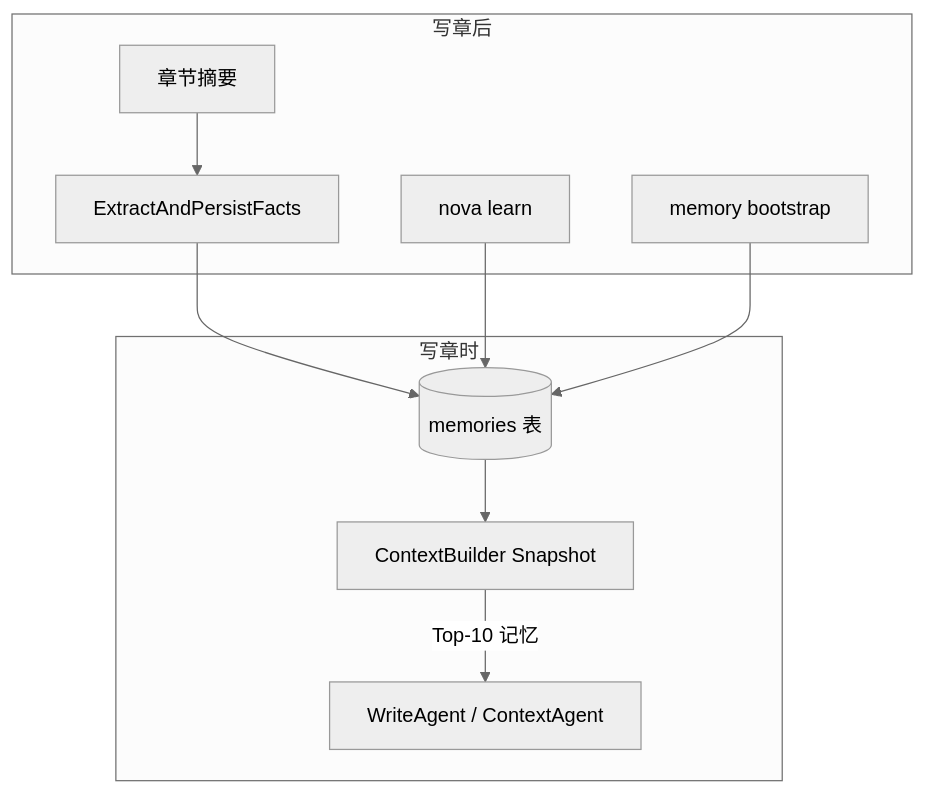
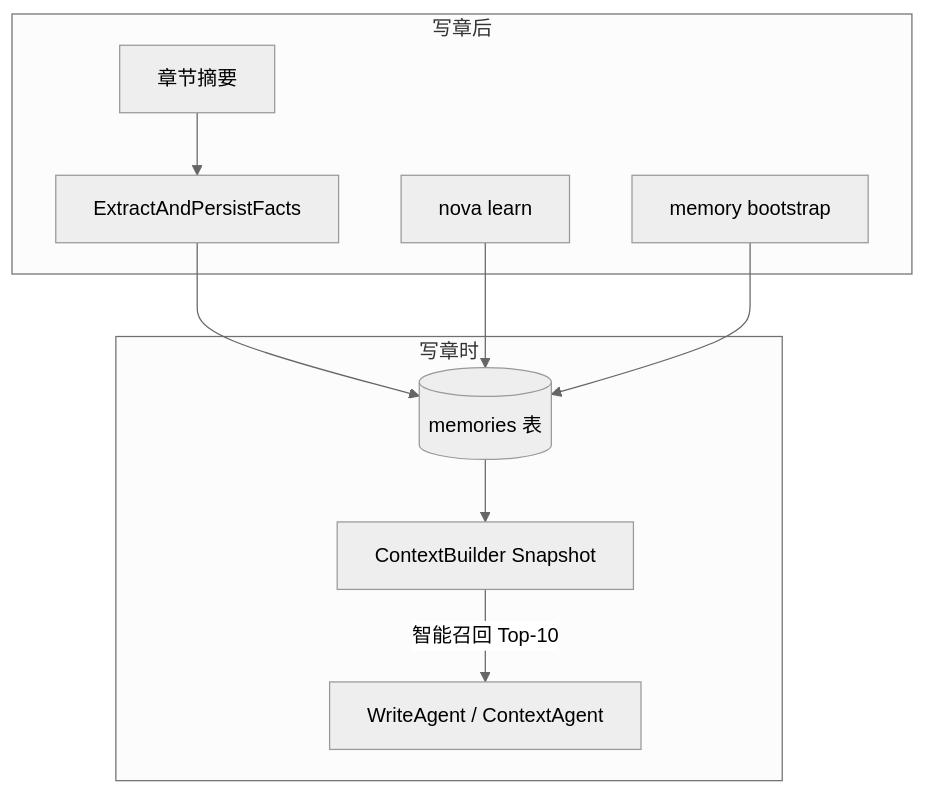
The first of 2 diagrams in docs/memory.md (leotan383/agent_nova), drawn with Mermaid (neutral theme) before and after one commit. The commit also changed other lines of this file and 12 other files, not shown here.

````diff
--- a/docs/memory.md
+++ b/docs/memory.md
@@ -30,20 +30,20 @@
 ```mermaid
 flowchart TB
   subgraph writePath [写章时]
     Snap[ContextBuilder Snapshot]
     MemTable[(memories 表)]
     LLM[WriteAgent / ContextAgent]
-    Snap -->|Top-10 记忆| LLM
+    Snap -->|智能召回 Top-10| LLM
     MemTable --> Snap
   end
   subgraph sinkPath [写章后]
     Summary[章节摘要]
     Extract[ExtractAndPersistFacts]
     Learn[nova learn]
     Bootstrap[memory bootstrap]
     Summary --> Extract
     Extract --> MemTable
     Learn --> MemTable
     Bootstrap --> MemTable
   end
 ```
````
